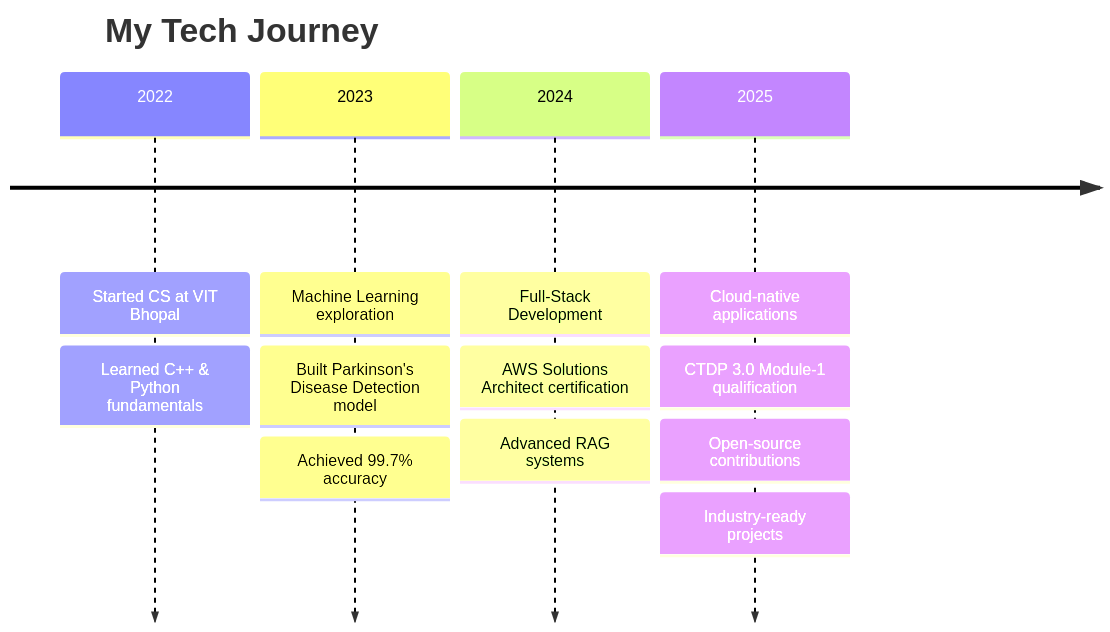
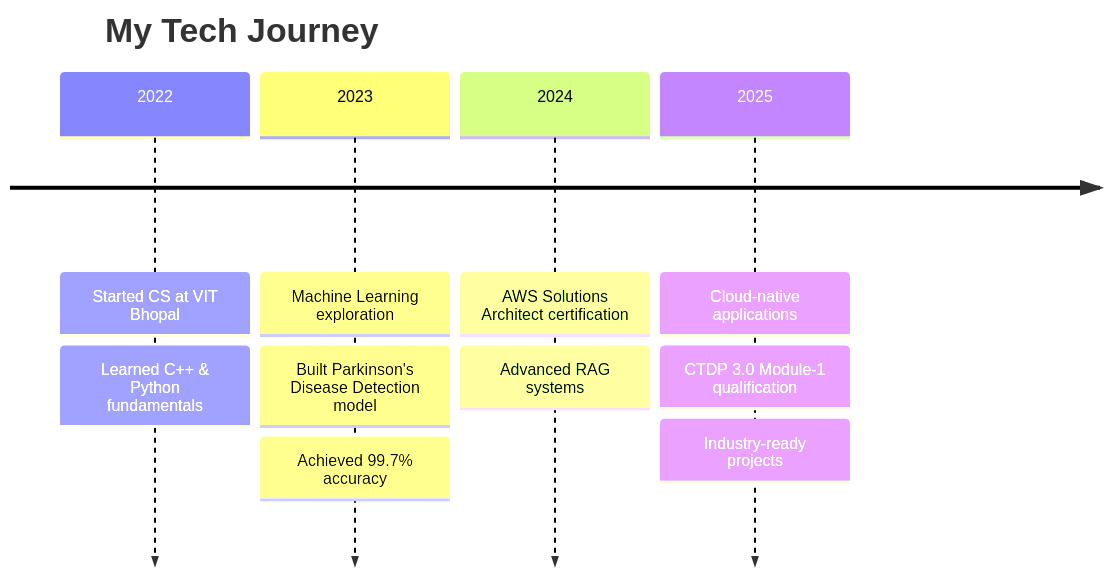
One commit to Rajvardhan00/Rajvardhan00 changed the second of 2 diagrams in README.md. Above: the diagram before and after it, drawn with Mermaid.

Commit message:
README.md

````diff
--- a/README.md
+++ b/README.md
@@ -142,16 +142,15 @@
 ```mermaid
 timeline
     title My Tech Journey
     2022 : Started CS at VIT Bhopal
          : Learned C++ & Python fundamentals
     2023 : Machine Learning exploration
          : Built Parkinson's Disease Detection model
          : Achieved 99.7% accuracy
-    2024 : Full-Stack Development
+    2024 
          : AWS Solutions Architect certification
          : Advanced RAG systems
     2025 : Cloud-native applications
          : CTDP 3.0 Module-1 qualification
-         : Open-source contributions
          : Industry-ready projects
 ```
````
